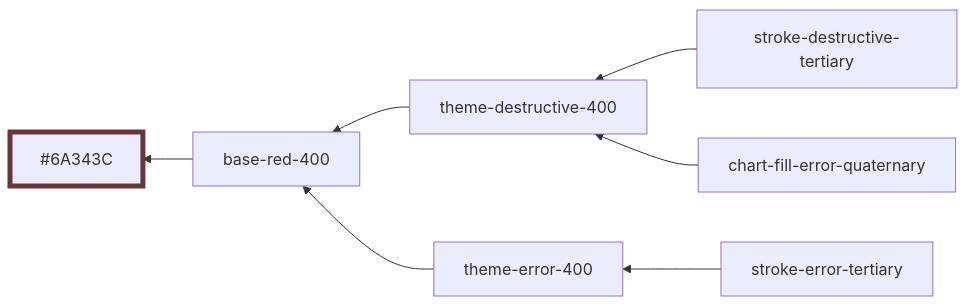
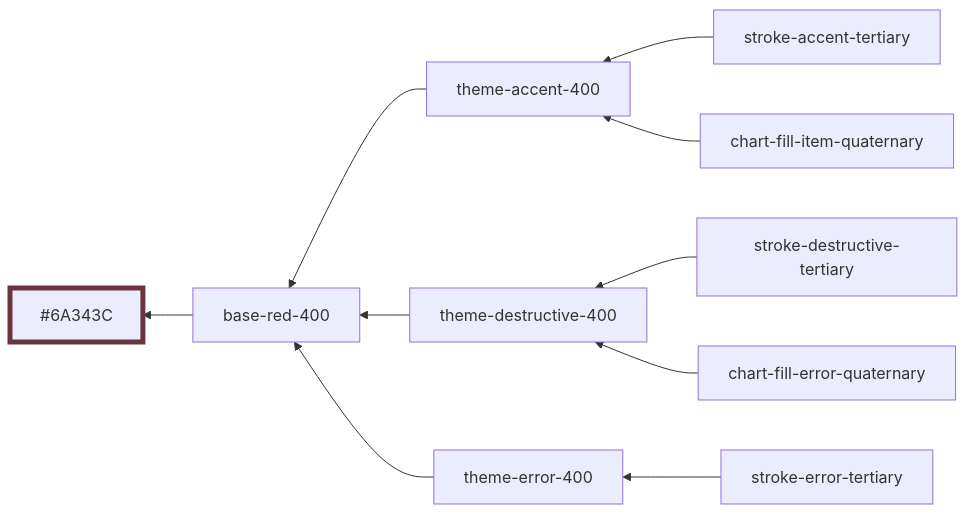
Before and after one commit to oxidecomputer/design-system: diagram 20 of 51 in styles/dist/red.md, drawn with Mermaid. The commit also changed other lines of this file and 2 other files, not shown here.

Commit message:
Fix red theme

````diff
--- a/styles/dist/red.md
+++ b/styles/dist/red.md
@@ -253,11 +234,14 @@
 ```mermaid
 graph RL
   base-red-400 --> #6A343C:::base-red-400
+  stroke-accent-tertiary --> theme-accent-400
   stroke-destructive-tertiary --> theme-destructive-400
   stroke-error-tertiary --> theme-error-400
+  chart-fill-item-quaternary --> theme-accent-400
   chart-fill-error-quaternary --> theme-destructive-400
+  theme-accent-400 --> base-red-400
   theme-destructive-400 --> base-red-400
   theme-error-400 --> base-red-400
 
 	classDef base-red-400 stroke-width:5,stroke:#6A343C
 ```
````
